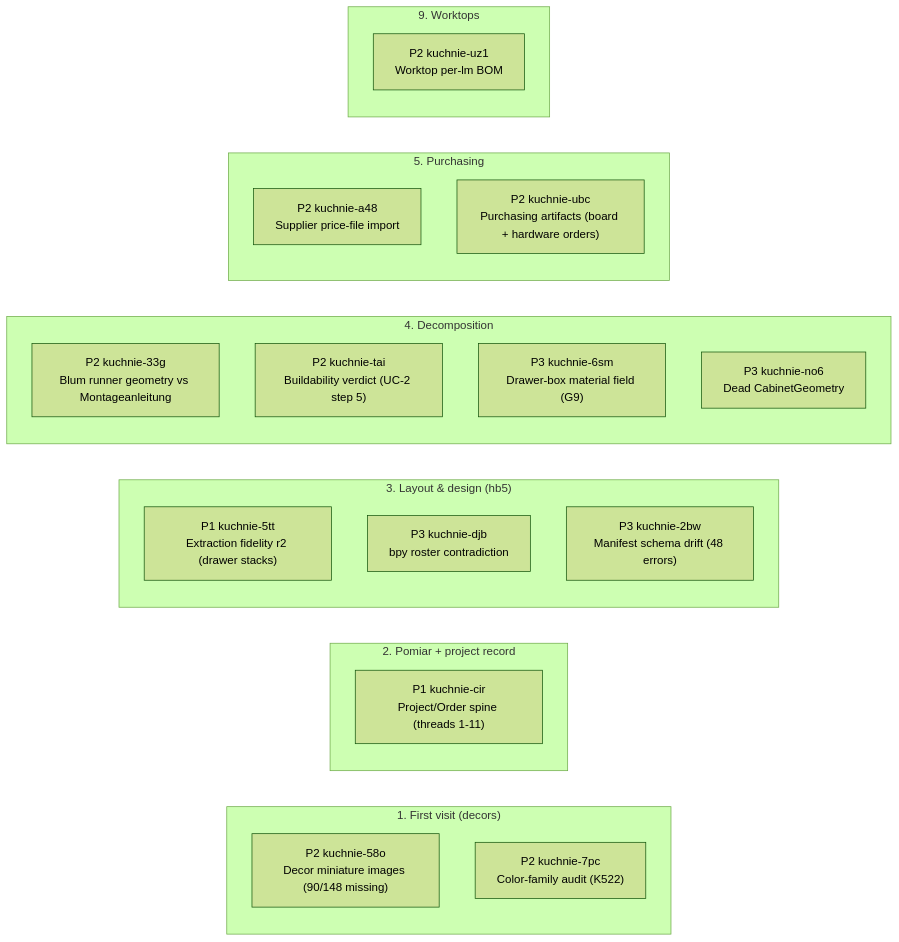
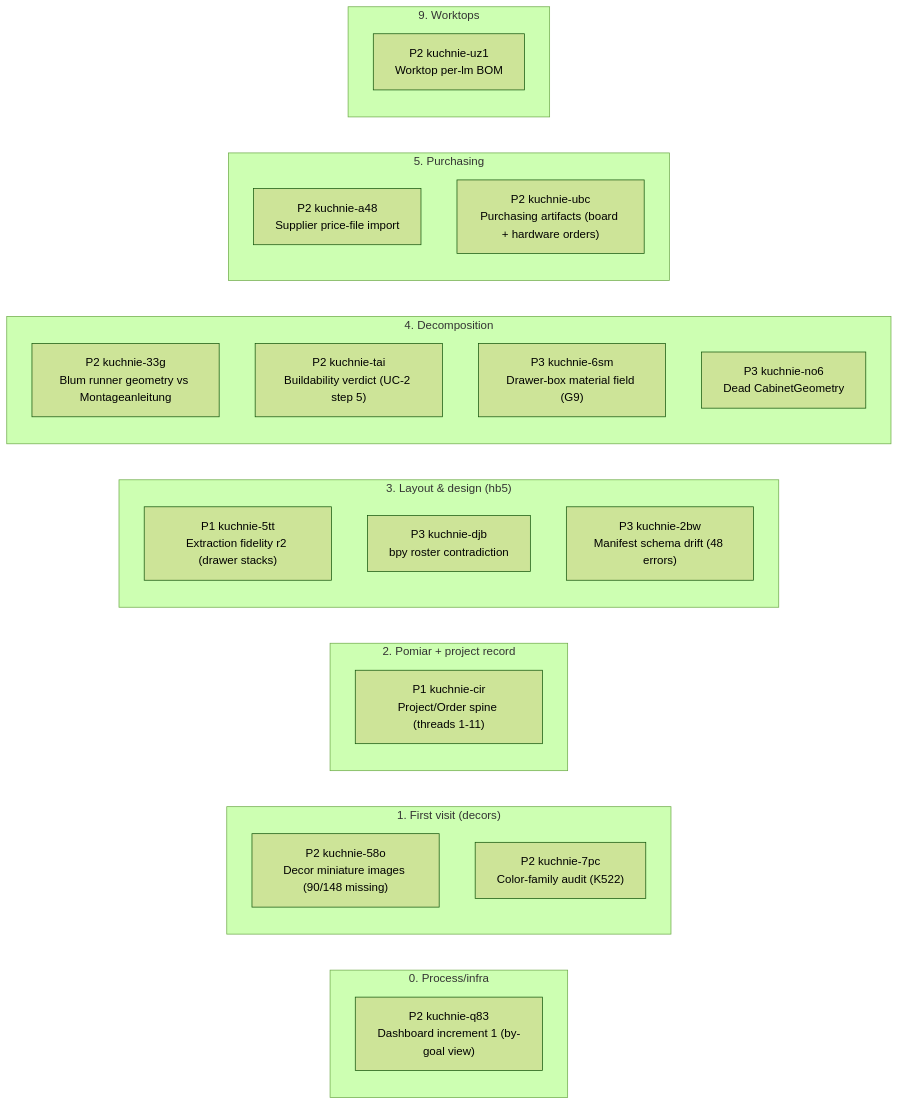
The diagram in STATUS.md (m1981/kuchnie), drawn with Mermaid (forest theme) before and after one commit. The commit also changed other lines of this file and 2 other files, not shown here.

Commit message:
truth: wk-a9212b40 filed (dashboard increment 1, handoff-ready); premises re-affirmed; STATUS regenerated

````diff
--- a/STATUS.md
+++ b/STATUS.md
@@ -35,28 +36,31 @@
 ```mermaid
 flowchart LR
+    subgraph s0 ["0. Process/infra"]
+        kuchnie_q83["P2 kuchnie-q83<br/>Dashboard increment 1 (by-goal view)"]
+    end
     subgraph s1 ["1. First visit (decors)"]
         kuchnie_58o["P2 kuchnie-58o<br/>Decor miniature images (90/148 missing)"]
         kuchnie_7pc["P2 kuchnie-7pc<br/>Color-family audit (K522)"]
     end
     subgraph s2 ["2. Pomiar + project record"]
         kuchnie_cir["P1 kuchnie-cir<br/>Project/Order spine (threads 1-11)"]
     end
     subgraph s3 ["3. Layout & design (hb5)"]
         kuchnie_5tt["P1 kuchnie-5tt<br/>Extraction fidelity r2 (drawer stacks)"]
         kuchnie_djb["P3 kuchnie-djb<br/>bpy roster contradiction"]
         kuchnie_2bw["P3 kuchnie-2bw<br/>Manifest schema drift (48 errors)"]
     end
     subgraph s4 ["4. Decomposition"]
         kuchnie_33g["P2 kuchnie-33g<br/>Blum runner geometry vs Montageanleitung"]
         kuchnie_tai["P2 kuchnie-tai<br/>Buildability verdict (UC-2 step 5)"]
         kuchnie_6sm["P3 kuchnie-6sm<br/>Drawer-box material field (G9)"]
         kuchnie_no6["P3 kuchnie-no6<br/>Dead CabinetGeometry"]
     end
     subgraph s5 ["5. Purchasing"]
         kuchnie_a48["P2 kuchnie-a48<br/>Supplier price-file import"]
         kuchnie_ubc["P2 kuchnie-ubc<br/>Purchasing artifacts (board + hardware orders)"]
     end
     subgraph s9 ["9. Worktops"]
         kuchnie_uz1["P2 kuchnie-uz1<br/>Worktop per-lm BOM"]
     end
 ```
````
